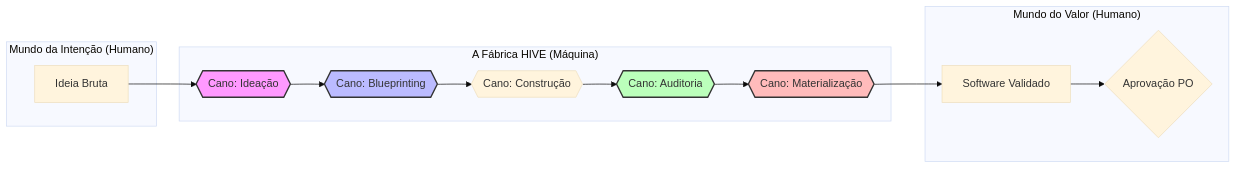
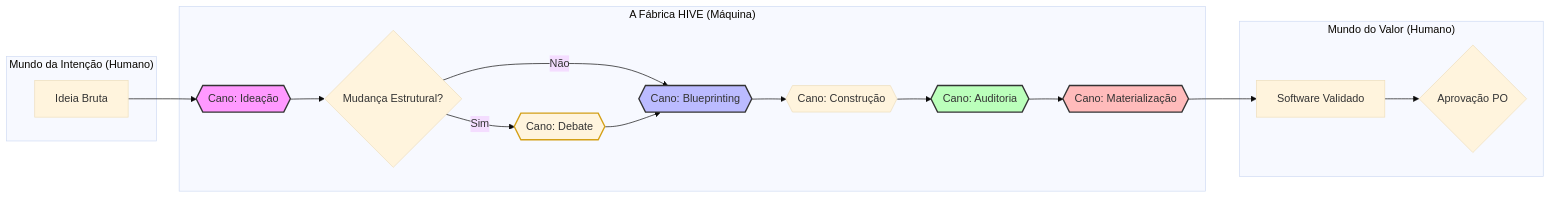
The diagram in beehive/dna/HIVE_PROCESS_TOPOLOGY.md (marcio012/hive), drawn with Mermaid (base theme) before and after one commit. The commit also changed other lines of this file and 4 other files, not shown here.

First line of the commit message:
fix: implement architectural debate guard in process topology

````diff
--- a/beehive/dna/HIVE_PROCESS_TOPOLOGY.md
+++ b/beehive/dna/HIVE_PROCESS_TOPOLOGY.md
@@ -9,24 +9,28 @@
 ```mermaid
 graph LR
     subgraph "Mundo da Intenção (Humano)"
         A[Ideia Bruta]
     end
 
     subgraph "A Fábrica HIVE (Máquina)"
         A --> B{{Cano: Ideação}}
-        B --> C{{Cano: Blueprinting}}
-        C --> D{{Cano: Construção}}
-        D --> E{{Cano: Auditoria}}
-        E --> F{{Cano: Materialização}}
+        B --> X{Mudança Estrutural?}
+        X -->|Sim| C{{Cano: Debate}}
+        X -->|Não| D{{Cano: Blueprinting}}
+        C --> D
+        D --> E{{Cano: Construção}}
+        E --> F{{Cano: Auditoria}}
+        F --> G{{Cano: Materialização}}
     end
 
     subgraph "Mundo do Valor (Humano)"
-        F --> G[Software Validado]
-        G --> H{Aprovação PO}
+        G --> H[Software Validado]
+        H --> I{Aprovação PO}
     end
 
     style B fill:#f9f,stroke:#333,stroke-width:2px
-    style C fill:#bbf,stroke:#333,stroke-width:2px
-    style E fill:#bfb,stroke:#333,stroke-width:2px
-    style F fill:#fbb,stroke:#333,stroke-width:2px
+    style C fill:#fff4dd,stroke:#d4a017,stroke-width:2px
+    style D fill:#bbf,stroke:#333,stroke-width:2px
+    style F fill:#bfb,stroke:#333,stroke-width:2px
+    style G fill:#fbb,stroke:#333,stroke-width:2px
 ```
````
